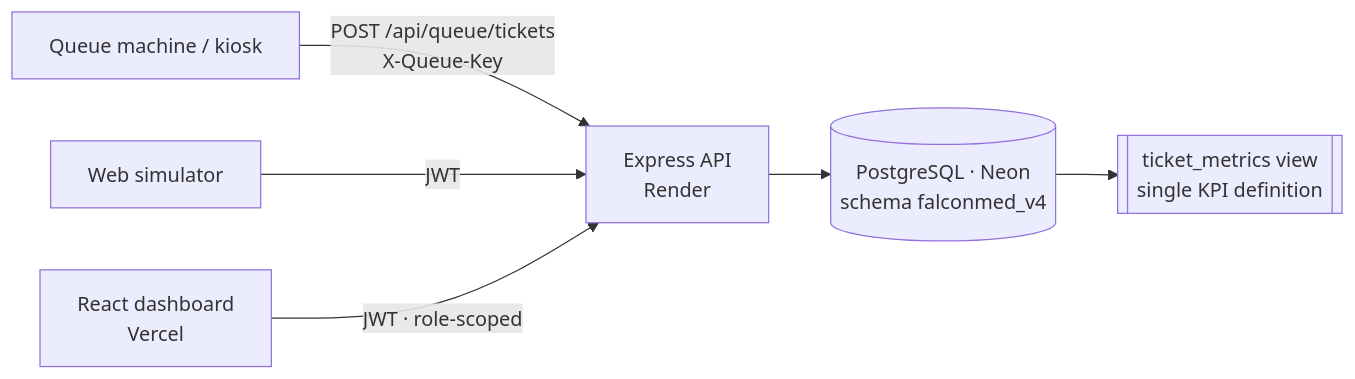
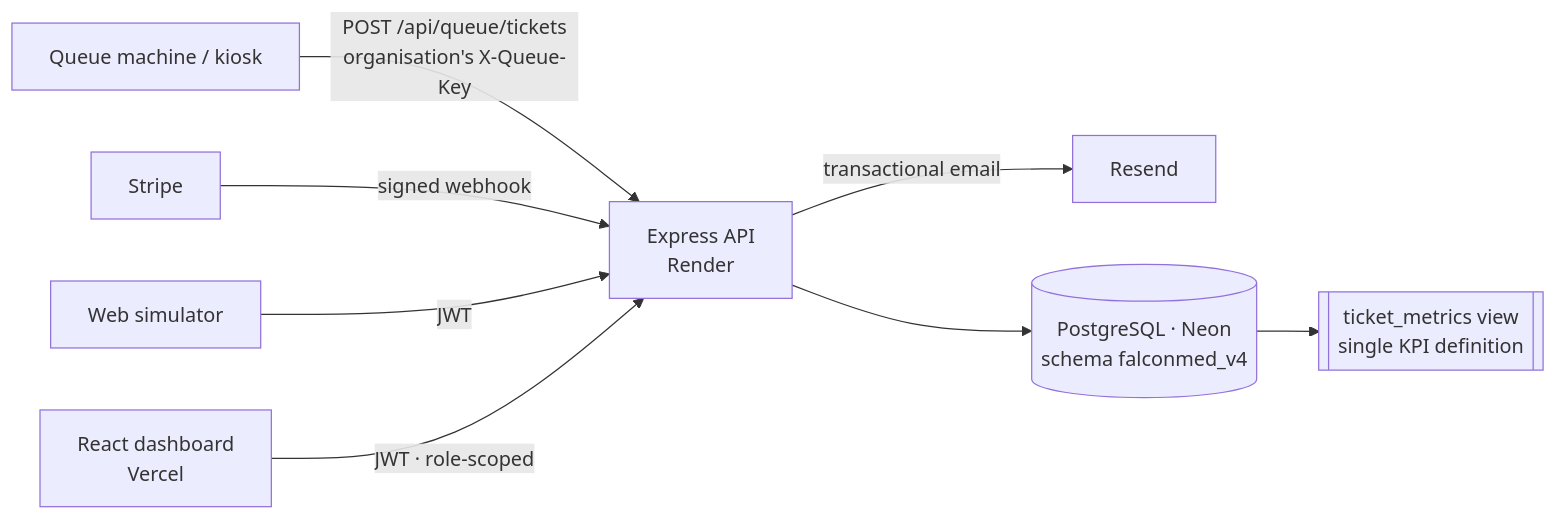
One commit to mohammadph222-web/falconmed-elite-v4 changed the diagram in README.md. Above: the diagram before and after it, drawn with Mermaid. The commit also changed other lines of this file and 16 other files, not shown here.

````diff
--- a/README.md
+++ b/README.md
@@ -30,8 +32,10 @@
 ```mermaid
 flowchart LR
-  QM[Queue machine / kiosk] -- "POST /api/queue/tickets<br/>X-Queue-Key" --> API
+  QM[Queue machine / kiosk] -- "POST /api/queue/tickets<br/>organisation's X-Queue-Key" --> API
+  STRIPE[Stripe] -- "signed webhook" --> API
+  API -- "transactional email" --> RESEND[Resend]
   SIM[Web simulator] -- JWT --> API
   UI[React dashboard<br/>Vercel] -- "JWT · role-scoped" --> API[Express API<br/>Render]
   API --> DB[(PostgreSQL · Neon<br/>schema falconmed_v4)]
   DB --> V[[ticket_metrics view<br/>single KPI definition]]
 ```
````
